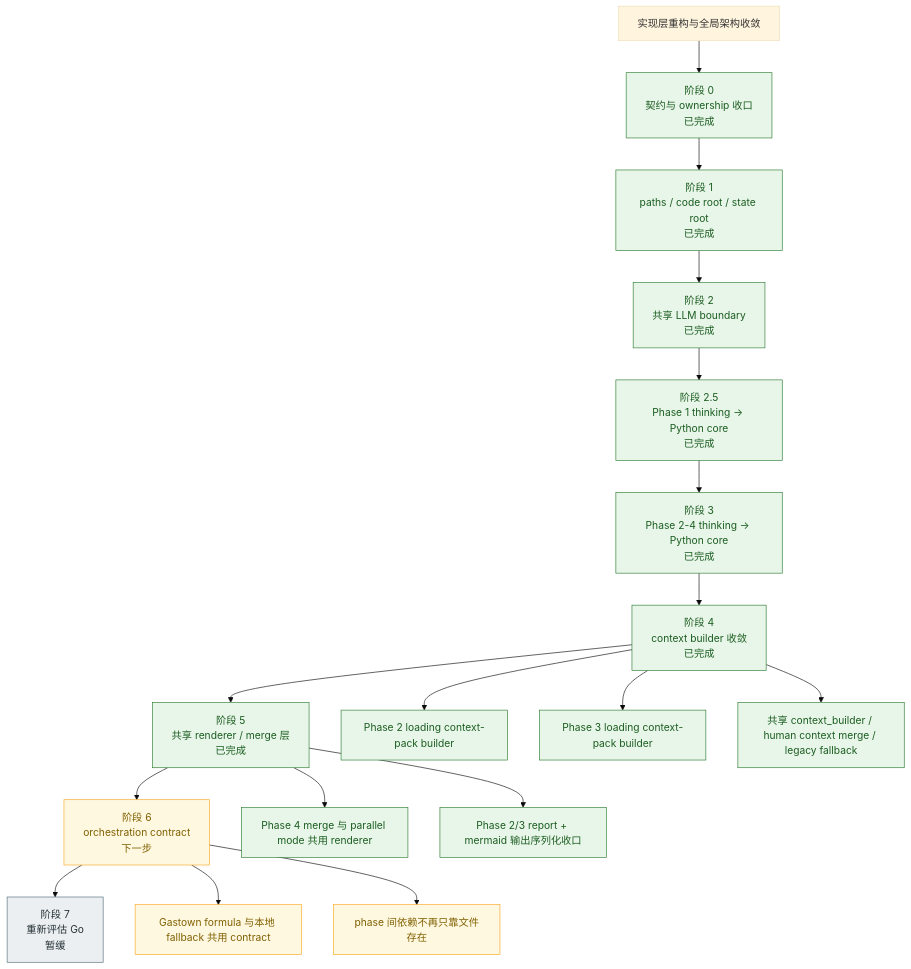
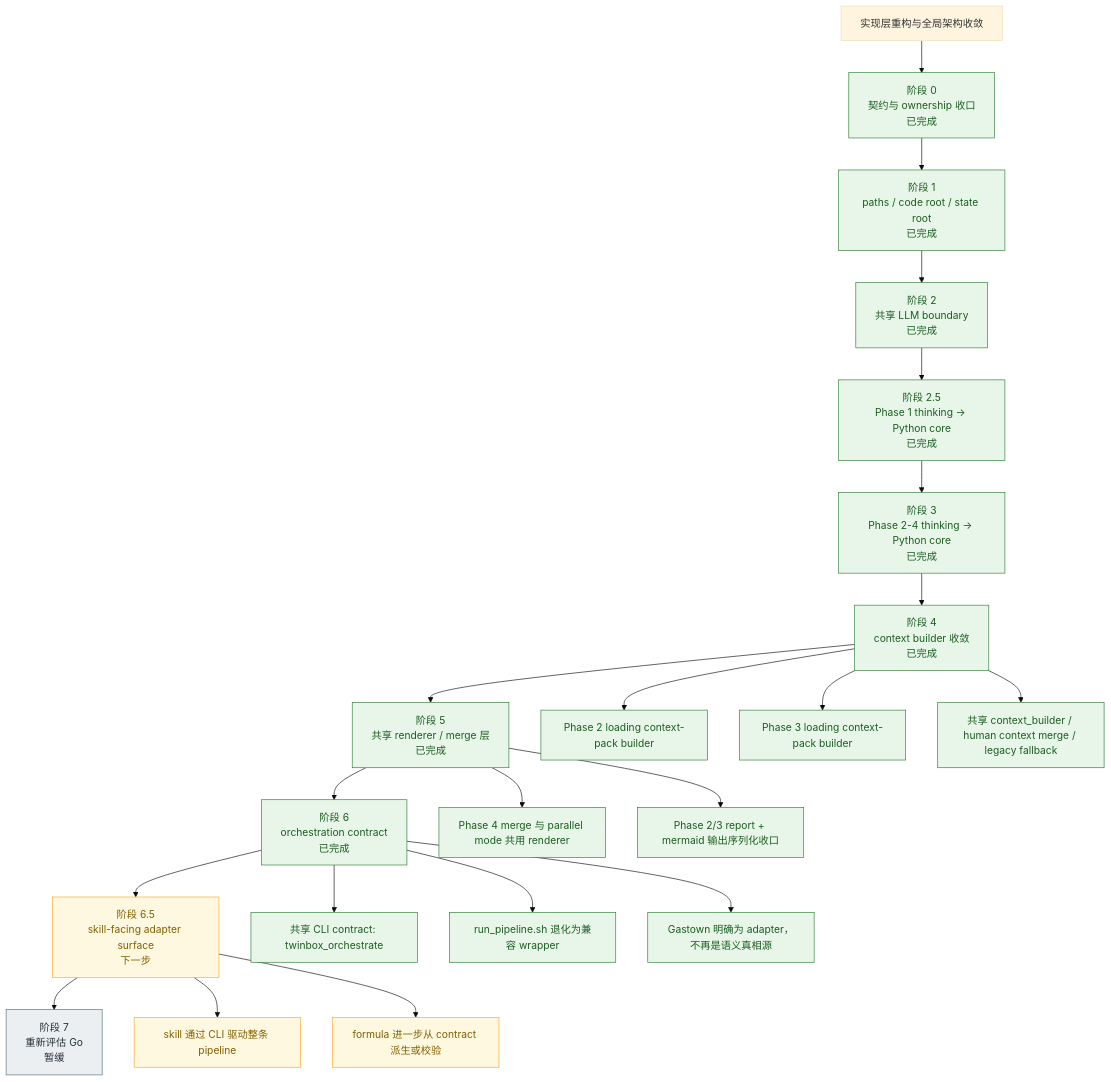
The diagram in docs/plans/implementation-core-refactor-plan.md (caapapx/email-bot), drawn with Mermaid (base theme) before and after one commit. The commit also changed other lines of this file and 9 other files, not shown here.

Commit message:
Add shared orchestration contract CLI

````diff
--- a/docs/plans/implementation-core-refactor-plan.md
+++ b/docs/plans/implementation-core-refactor-plan.md
@@ -47,31 +48,36 @@
 ```mermaid
 flowchart TD
     A["实现层重构与全局架构收敛"] --> B["阶段 0<br/>契约与 ownership 收口<br/>已完成"]
     B --> C["阶段 1<br/>paths / code root / state root<br/>已完成"]
     C --> D["阶段 2<br/>共享 LLM boundary<br/>已完成"]
     D --> E["阶段 2.5<br/>Phase 1 thinking -> Python core<br/>已完成"]
     E --> F["阶段 3<br/>Phase 2-4 thinking -> Python core<br/>已完成"]
     F --> G["阶段 4<br/>context builder 收敛<br/>已完成"]
     G --> H["阶段 5<br/>共享 renderer / merge 层<br/>已完成"]
-    H --> I["阶段 6<br/>orchestration contract<br/>下一步"]
-    I --> J["阶段 7<br/>重新评估 Go<br/>暂缓"]
+    H --> I["阶段 6<br/>orchestration contract<br/>已完成"]
+    I --> J["阶段 6.5<br/>skill-facing adapter surface<br/>下一步"]
+    J --> K["阶段 7<br/>重新评估 Go<br/>暂缓"]
 
     G --> G1["Phase 2 loading context-pack builder"]
     G --> G2["Phase 3 loading context-pack builder"]
     G --> G3["共享 context_builder / human context merge / legacy fallback"]
 
     H --> H1["Phase 4 merge 与 parallel mode 共用 renderer"]
     H --> H2["Phase 2/3 report + mermaid 输出序列化收口"]
 
-    I --> I1["Gastown formula 与本地 fallback 共用 contract"]
-    I --> I2["phase 间依赖不再只靠文件存在"]
+    I --> I1["共享 CLI contract: twinbox_orchestrate"]
+    I --> I2["run_pipeline.sh 退化为兼容 wrapper"]
+    I --> I3["Gastown 明确为 adapter，不再是语义真相源"]
+
+    J --> J1["skill 通过 CLI 驱动整条 pipeline"]
+    J --> J2["formula 进一步从 contract 派生或校验"]
 
     classDef done fill:#e8f5e9,stroke:#2e7d32,color:#1b5e20;
     classDef next fill:#fff8e1,stroke:#f9a825,color:#7f6000;
     classDef later fill:#f3e5f5,stroke:#7b1fa2,color:#4a148c;
     classDef parked fill:#eceff1,stroke:#546e7a,color:#263238;
 
-    class B,C,D,E,F,G,G1,G2,G3,H,H1,H2 done;
-    class I,I1,I2 next;
-    class J parked;
+    class B,C,D,E,F,G,G1,G2,G3,H,H1,H2,I,I1,I2,I3 done;
+    class J,J1,J2 next;
+    class K parked;
 ```
````
